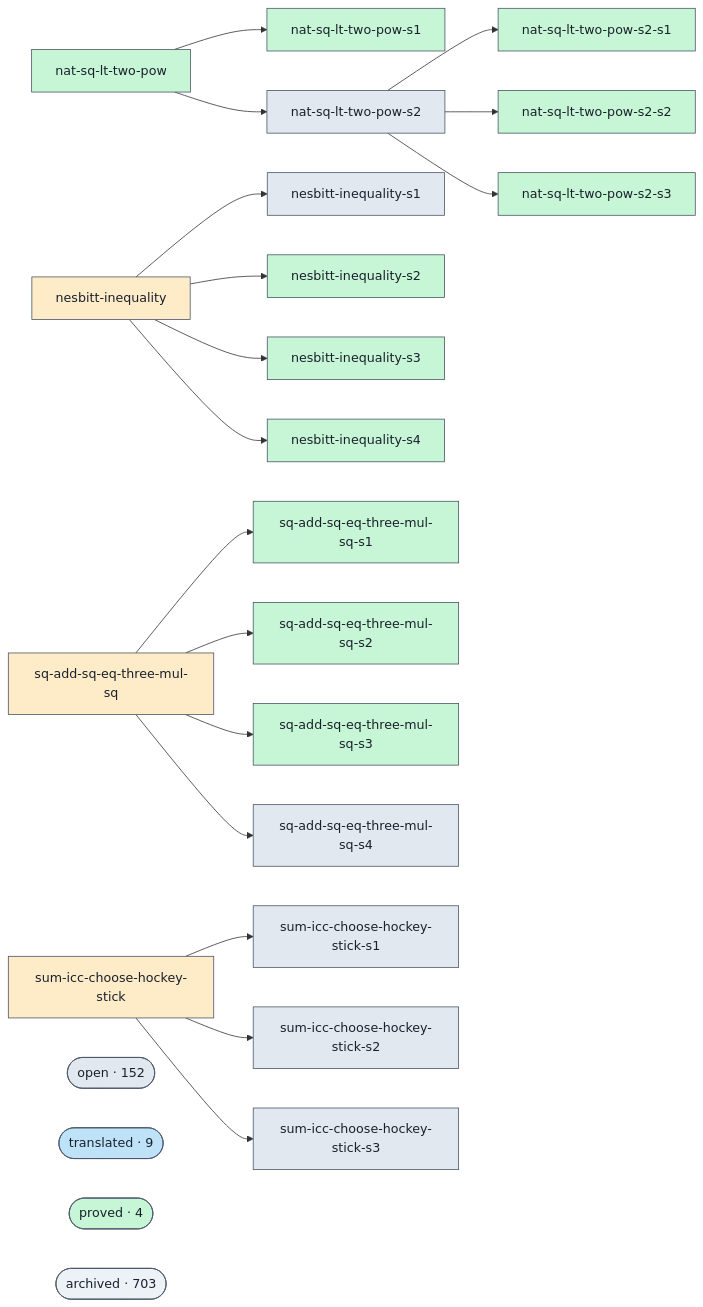
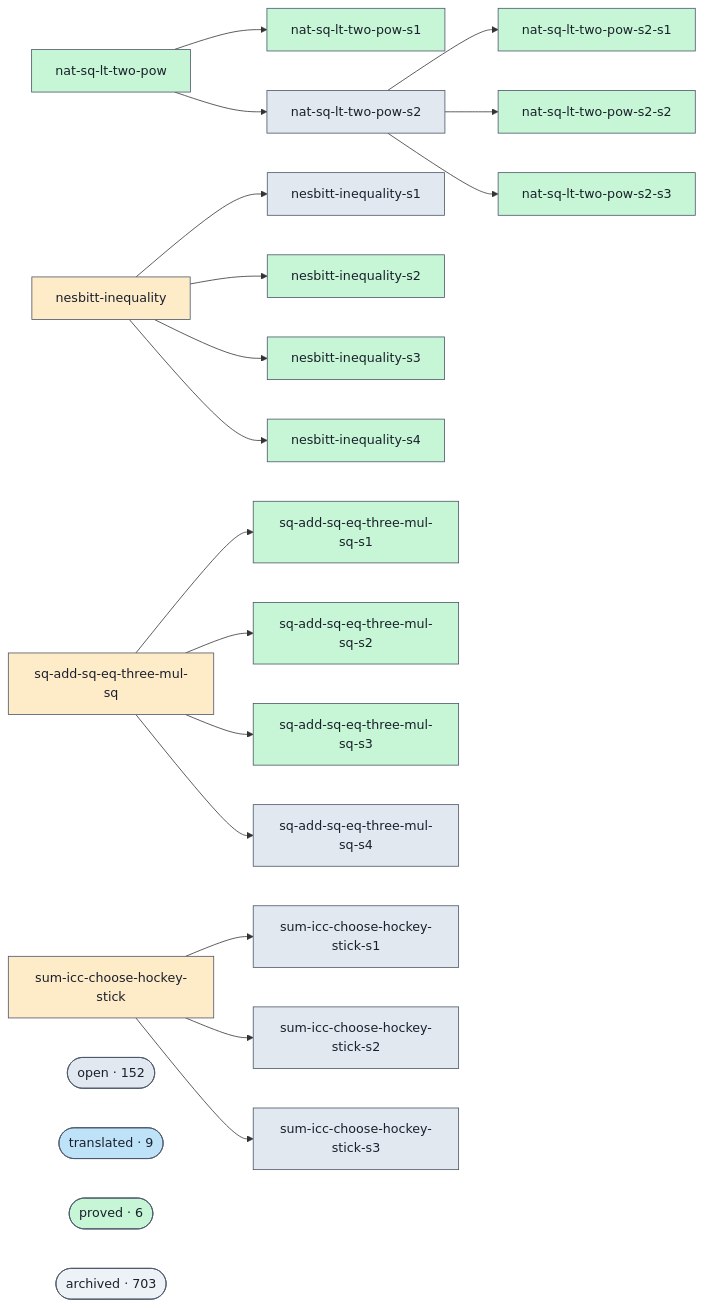
The diagram in docs/proofs-contributors-visualisation.md (ohdearquant/unsorry), drawn with Mermaid before and after one commit. The commit also changed other lines of this file and 2 other files, not shown here.

```diff
--- a/docs/proofs-contributors-visualisation.md
+++ b/docs/proofs-contributors-visualisation.md
@@ -102,7 +102,7 @@
   class cluster_open open;
   cluster_translated(["translated · 9"])
   class cluster_translated translated;
-  cluster_proved(["proved · 4"])
+  cluster_proved(["proved · 6"])
   class cluster_proved proved;
   cluster_archived(["archived · 703"])
   class cluster_archived unknown;
```
